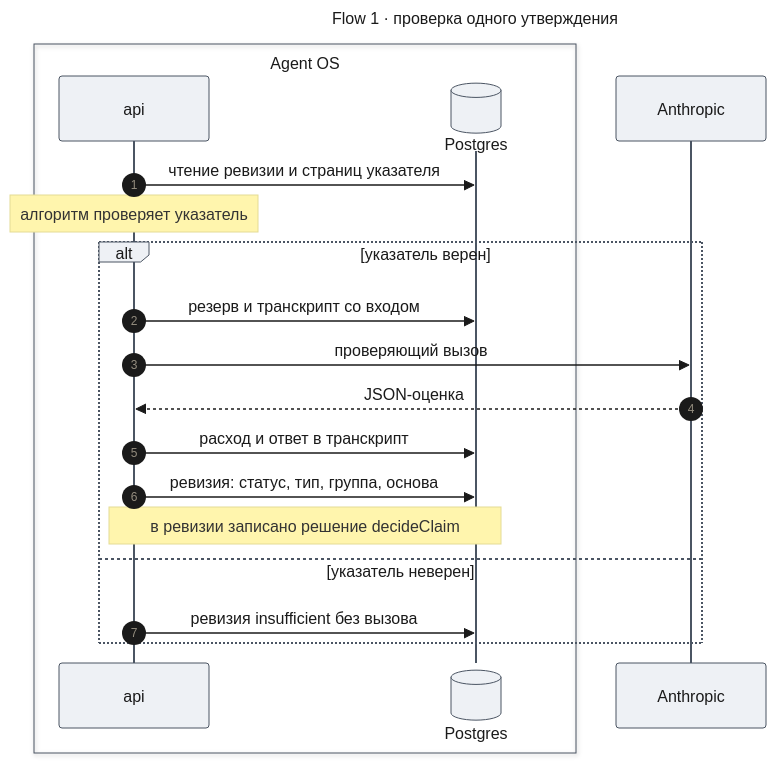
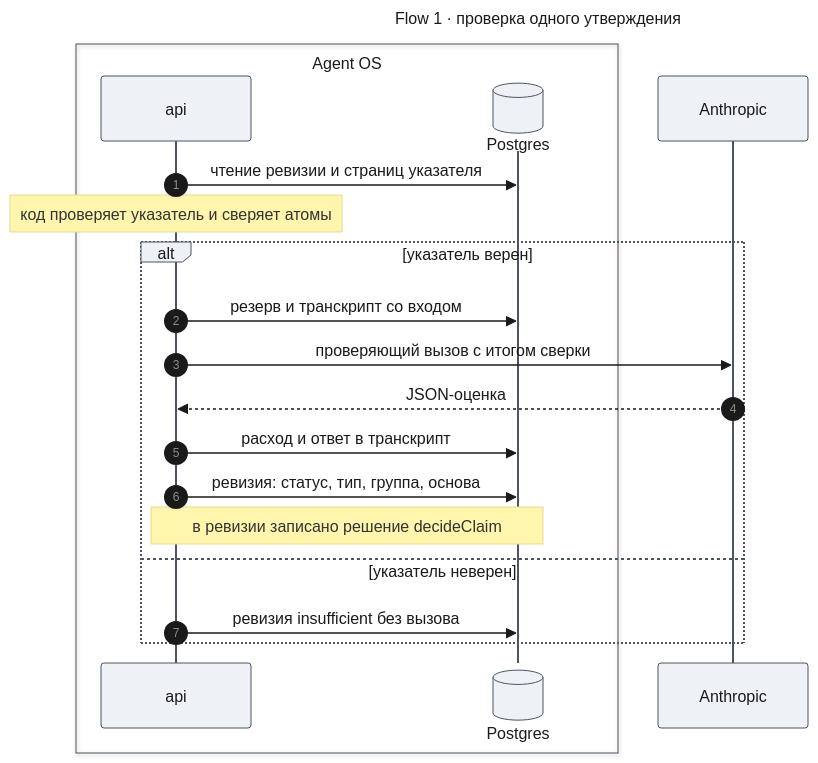
One commit to tundraray/agent-os changed diagram 15 of 21 in docs/features/agent-quality/design-engine.md. Above: the diagram before and after it, drawn with Mermaid. The commit also changed other lines of this file and 7 other files, not shown here.

````diff
--- a/docs/features/agent-quality/design-engine.md
+++ b/docs/features/agent-quality/design-engine.md
@@ -906,42 +1031,42 @@
 ```mermaid
 ---
 title: "Flow 1 · проверка одного утверждения"
 config:
   theme: base
   look: classic
   themeVariables:
     primaryColor: "#eef1f5"
     primaryBorderColor: "#4b5563"
     primaryTextColor: "#1a1a1a"
     lineColor: "#6b7280"
   themeCSS: |
     @keyframes lit_f1{0%,12.8%{stroke:#991b1b;stroke-width:6px}14.3%,100%{stroke:#37474f;stroke-width:2px}}
     @keyframes litr_f1{0%,12.8%{stroke:#1d4ed8;stroke-width:6px}14.3%,100%{stroke:#37474f;stroke-width:2px}}
     .messageLine0[data-id='i1'],.messageLine1[data-id='i1']{animation:litr_f1 8.4s linear 0s infinite}
     .messageLine0[data-id='i4'],.messageLine1[data-id='i4']{animation:lit_f1 8.4s linear 1.2s infinite}
     .messageLine0[data-id='i5'],.messageLine1[data-id='i5']{animation:litr_f1 8.4s linear 2.4s infinite}
     .messageLine0[data-id='i6'],.messageLine1[data-id='i6']{animation:litr_f1 8.4s linear 3.6s infinite}
     .messageLine0[data-id='i7'],.messageLine1[data-id='i7']{animation:lit_f1 8.4s linear 4.8s infinite}
     .messageLine0[data-id='i8'],.messageLine1[data-id='i8']{animation:lit_f1 8.4s linear 6s infinite}
     .messageLine0[data-id='i11'],.messageLine1[data-id='i11']{animation:lit_f1 8.4s linear 7.2s infinite}
 ---
 sequenceDiagram
     autonumber
     box Agent OS
         participant API as api
         participant DB@{ "type": "database" } as Postgres
     end
     participant A as Anthropic
     API->>DB: чтение ревизии и страниц указателя
-    Note over API: алгоритм проверяет указатель
+    Note over API: код проверяет указатель и сверяет атомы
     alt указатель верен
         API->>DB: резерв и транскрипт со входом
-        API->>A: проверяющий вызов
+        API->>A: проверяющий вызов с итогом сверки
         A-->>API: JSON-оценка
         API->>DB: расход и ответ в транскрипт
         API->>DB: ревизия: статус, тип, группа, основа
         Note over API,DB: в ревизии записано решение decideClaim
     else указатель неверен
         API->>DB: ревизия insufficient без вызова
     end
 ```
````
